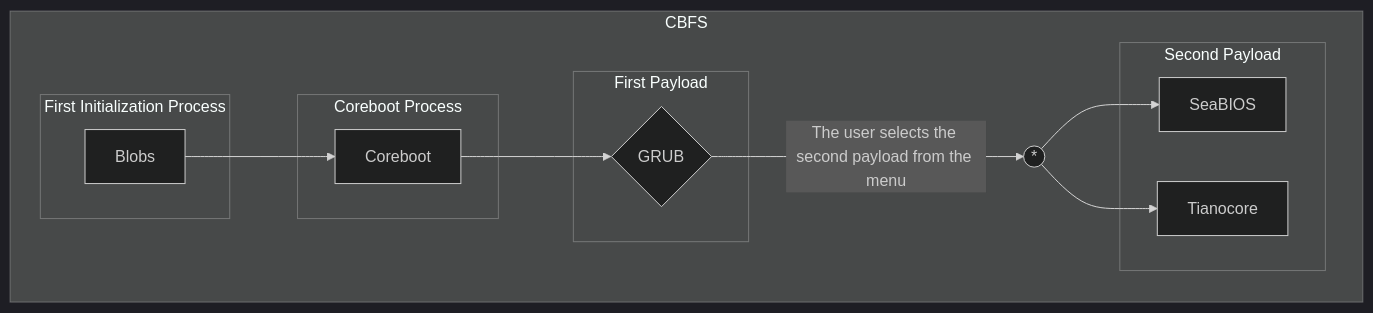
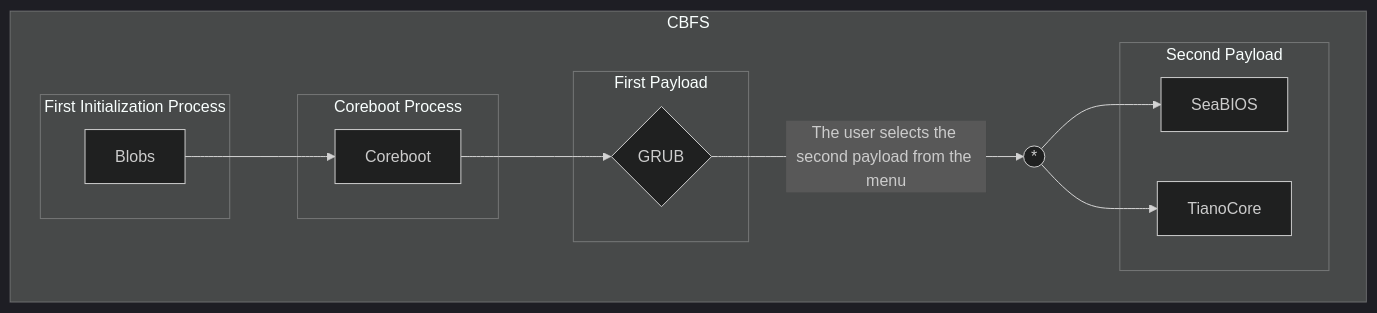
Before and after one commit to Ch3ckm4t3C1ph3r/Lenovo-Ideapad-320-14ISK-_Coreboot-Adaptation_: the diagram in README.md, drawn with Mermaid (dark theme).

Commit message:
Fix typo in README for Tianocore reference

````diff
--- a/README.md
+++ b/README.md
@@ -99,29 +99,29 @@
 ```mermaid
 flowchart LR;
     subgraph CBFS
         direction LR
 
         %% Not publicly documented boot process
         subgraph First Initialization Process
         Blobs
         end
 
         Blobs --> Coreboot
 
         subgraph Coreboot Process
         Coreboot
         end
     
         Coreboot-->p1{GRUB}
     
         subgraph First Payload
         p1{GRUB}
         end
     
-        p1{GRUB}--The user selects the second payload from the menu-->UNION((*))-->p2_1[SeaBIOS] & p2_2[Tianocore]
+        p1{GRUB}--The user selects the second payload from the menu-->UNION((*))-->p2_1[SeaBIOS] & p2_2[TianoCore]
     
         subgraph Second Payload
-        p2_1[SeaBIOS] & p2_2[Tianocore]
+        p2_1[SeaBIOS] & p2_2[TianoCore]
         end
     end
 ```
````
